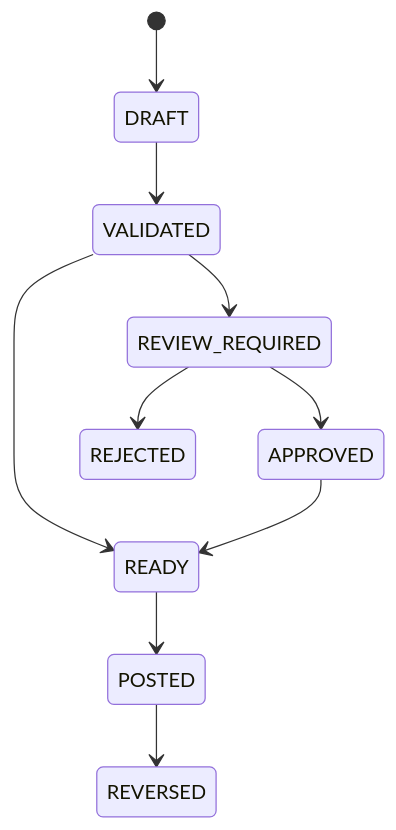
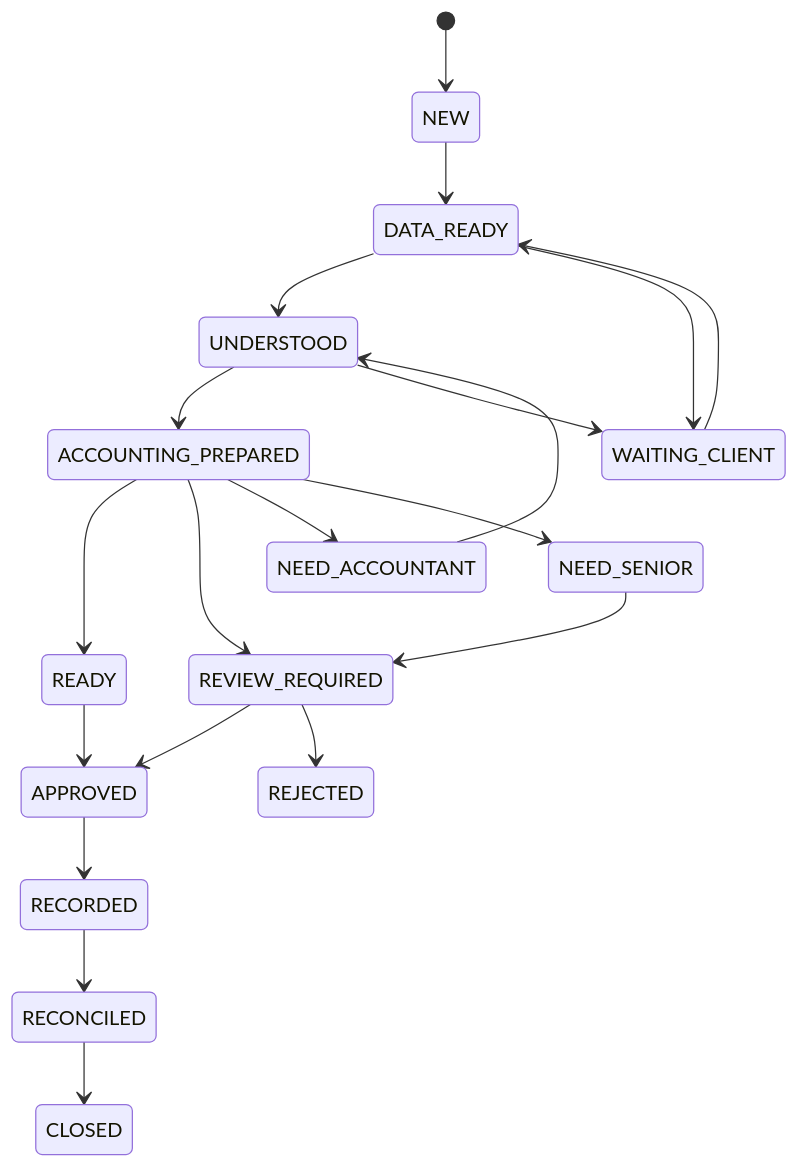
One commit to huynv81/tomtax changed the fourth of 22 diagrams in tdd.md. Above: the diagram before and after it, drawn with Mermaid. The commit also changed other lines of this file, not shown here.

````diff
--- a/tdd.md
+++ b/tdd.md
@@ -683,12 +224,27 @@
 ```mermaid
 stateDiagram-v2
-    [*] --> DRAFT
-    DRAFT --> VALIDATED
-    VALIDATED --> REVIEW_REQUIRED
-    VALIDATED --> READY
+    [*] --> NEW
+    NEW --> DATA_READY
+    DATA_READY --> UNDERSTOOD
+    UNDERSTOOD --> ACCOUNTING_PREPARED
+
+    ACCOUNTING_PREPARED --> READY
+    ACCOUNTING_PREPARED --> REVIEW_REQUIRED
+
     REVIEW_REQUIRED --> APPROVED
     REVIEW_REQUIRED --> REJECTED
-    APPROVED --> READY
-    READY --> POSTED
-    POSTED --> REVERSED
+    READY --> APPROVED
+
+    APPROVED --> RECORDED
+    RECORDED --> RECONCILED
+    RECONCILED --> CLOSED
+
+    DATA_READY --> WAITING_CLIENT
+    UNDERSTOOD --> WAITING_CLIENT
+    ACCOUNTING_PREPARED --> NEED_ACCOUNTANT
+    ACCOUNTING_PREPARED --> NEED_SENIOR
+
+    WAITING_CLIENT --> DATA_READY
+    NEED_ACCOUNTANT --> UNDERSTOOD
+    NEED_SENIOR --> REVIEW_REQUIRED
 ```
````
